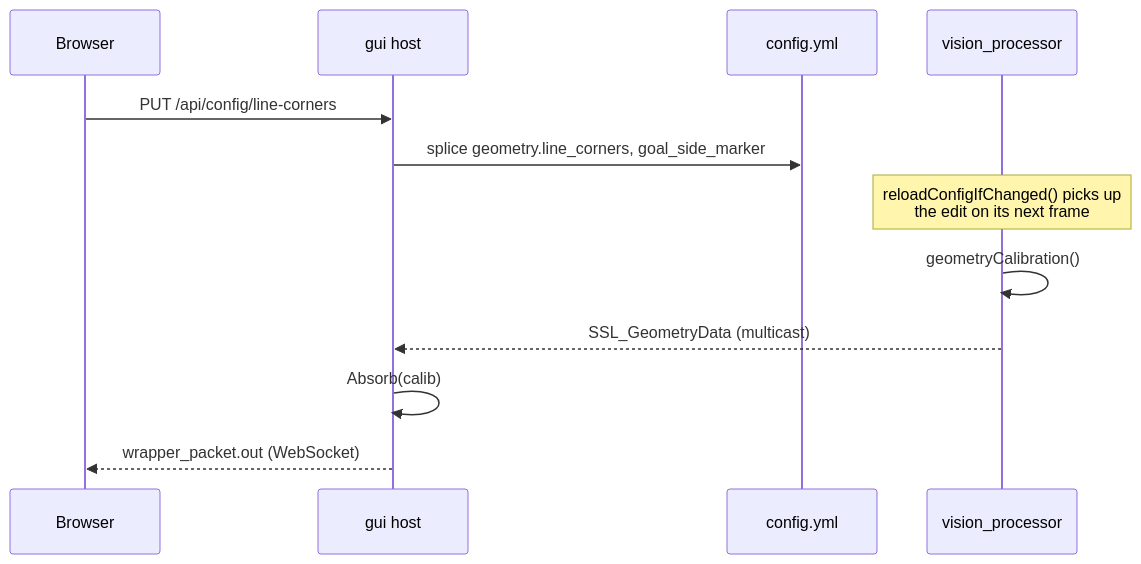
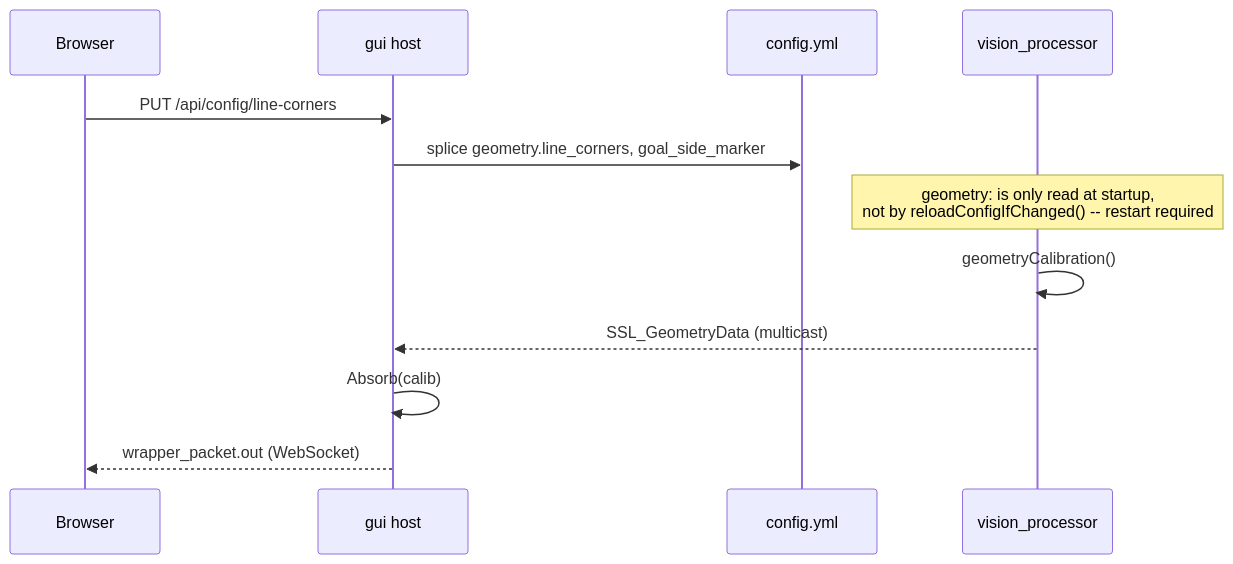
One commit to guyfleeman/vision-processor changed the fourth of 4 diagrams in gui/ARCHITECTURE.md. Above: the diagram before and after it, drawn with Mermaid. The commit also changed other lines of this file, not shown here.

````diff
--- a/gui/ARCHITECTURE.md
+++ b/gui/ARCHITECTURE.md
@@ -108,15 +108,15 @@
 ```mermaid
 sequenceDiagram
     participant Browser
     participant GUI as gui host
     participant Config as config.yml
     participant VP as vision_processor
 
     Browser->>GUI: PUT /api/config/line-corners
     GUI->>Config: splice geometry.line_corners, goal_side_marker
-    Note over VP: reloadConfigIfChanged() picks up<br/>the edit on its next frame
+    Note over VP: geometry: is only read at startup,<br/>not by reloadConfigIfChanged() -- restart required
     VP->>VP: geometryCalibration()
     VP-->>GUI: SSL_GeometryData (multicast)
     GUI->>GUI: Absorb(calib)
     GUI-->>Browser: wrapper_packet.out (WebSocket)
 ```
````
